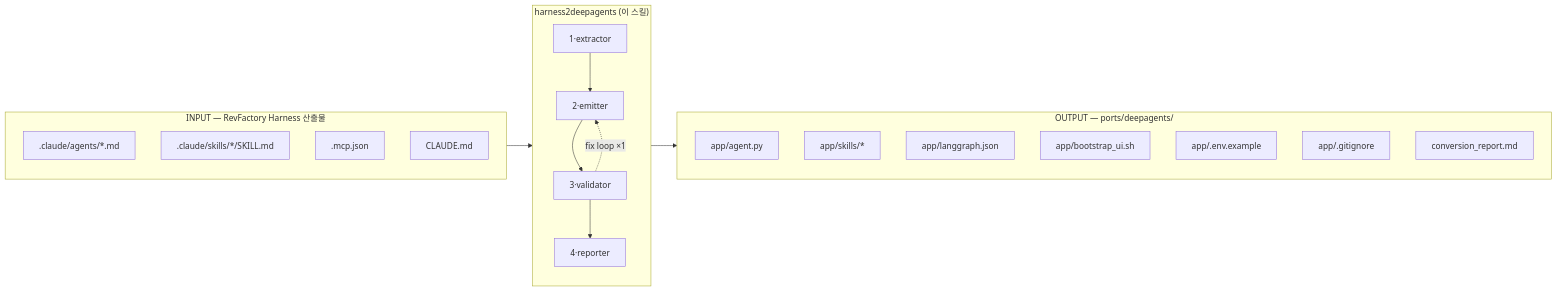
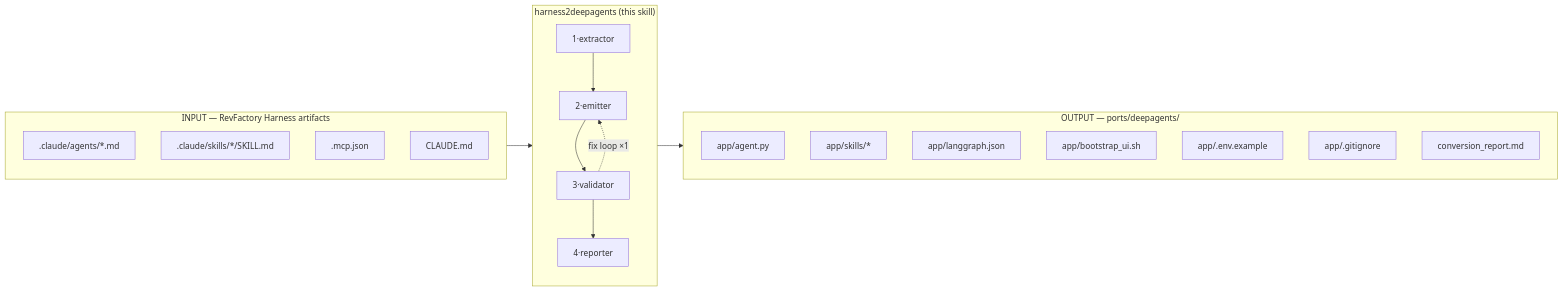
Before and after one commit to tykimos/harness2deepagents: the first of 10 diagrams in .claude/skills/harness2deepagents/README.md, drawn with Mermaid. The commit also changed other lines of this file and 3 other files, not shown here.

````diff
--- a/.claude/skills/harness2deepagents/README.md
+++ b/.claude/skills/harness2deepagents/README.md
@@ -17,32 +19,32 @@
 ```mermaid
 flowchart LR
 
-    subgraph SRC["INPUT — RevFactory Harness 산출물"]
+    subgraph SRC["INPUT — RevFactory Harness artifacts"]
         A1[".claude/agents/*.md"]
         A2[".claude/skills/*/SKILL.md"]
         A3[".mcp.json"]
         A4["CLAUDE.md"]
     end
 
-    subgraph H2D["harness2deepagents (이 스킬)"]
+    subgraph H2D["harness2deepagents (this skill)"]
         direction TB
         E1["1·extractor"]
         E2["2·emitter"]
         E3["3·validator"]
         E4["4·reporter"]
         E1 --> E2 --> E3 --> E4
         E3 -. "fix loop ×1" .-> E2
     end
 
     subgraph OUT["OUTPUT — ports/deepagents/"]
         O1["app/agent.py"]
         O2["app/skills/*"]
         O3["app/langgraph.json"]
         O4["app/bootstrap_ui.sh"]
         O5["app/.env.example"]
         O6["app/.gitignore"]
         O7["conversion_report.md"]
     end
 
     SRC --> H2D --> OUT
 ```
````
